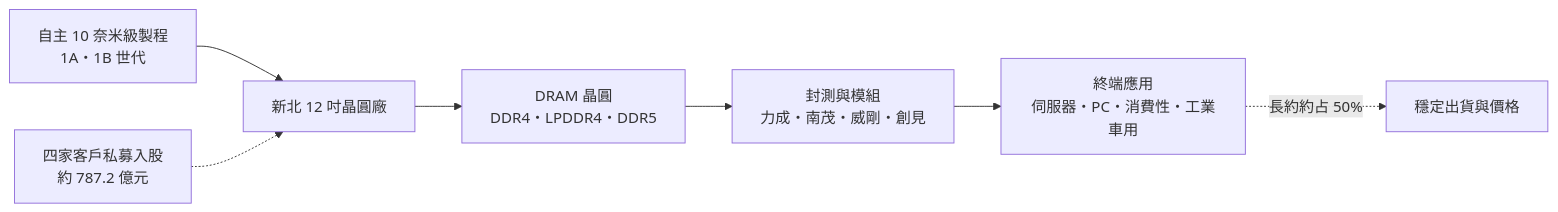
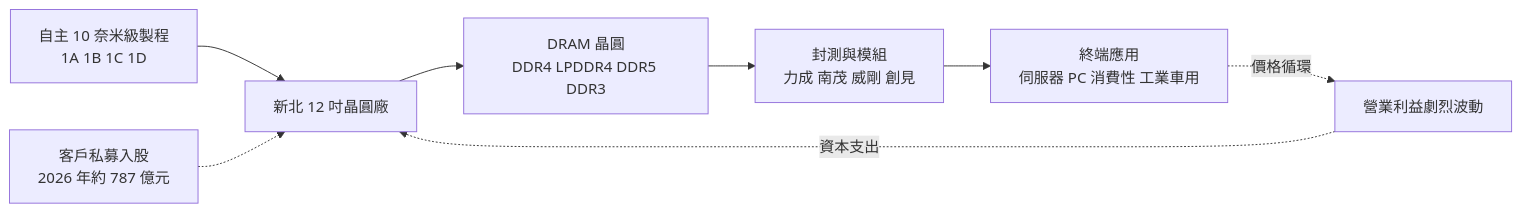
Before and after one commit to wangnick1004/taiwan-stock-vault: the first of 3 diagrams in 個股/台股/2408南亞科.md, drawn with Mermaid. The commit also changed other lines of this file and 12 other files, not shown here.

````diff
--- a/個股/台股/2408南亞科.md
+++ b/個股/台股/2408南亞科.md
@@ -62,9 +64,10 @@
 ```mermaid
 flowchart LR
-    A[自主 10 奈米級製程<br/>1A・1B 世代] --> B[新北 12 吋晶圓廠]
-    B --> C[DRAM 晶圓<br/>DDR4・LPDDR4・DDR5]
-    C --> D[封測與模組<br/>力成・南茂・威剛・創見]
-    D --> E[終端應用<br/>伺服器・PC・消費性・工業車用]
-    F[四家客戶私募入股<br/>約 787.2 億元] -.-> B
-    E -. 長約約占 50% .-> G[穩定出貨與價格]
+    A["自主 10 奈米級製程<br/>1A 1B 1C 1D"] --> B[新北 12 吋晶圓廠]
+    B --> C["DRAM 晶圓<br/>DDR4 LPDDR4 DDR5 DDR3"]
+    C --> D["封測與模組<br/>力成 南茂 威剛 創見"]
+    D --> E["終端應用<br/>伺服器 PC 消費性 工業車用"]
+    F["客戶私募入股<br/>2026 年約 787 億元"] -.-> B
+    E -. 價格循環 .-> G[營業利益劇烈波動]
+    G -. 資本支出 .-> B
 ```
````
